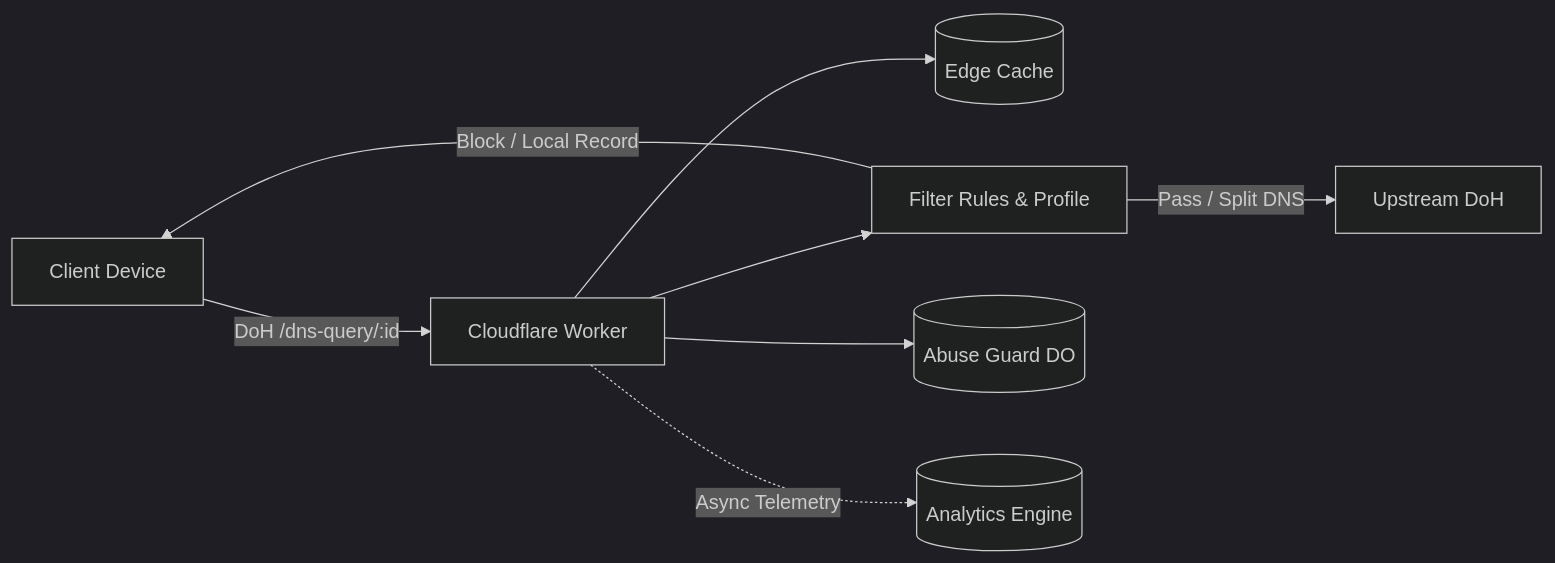
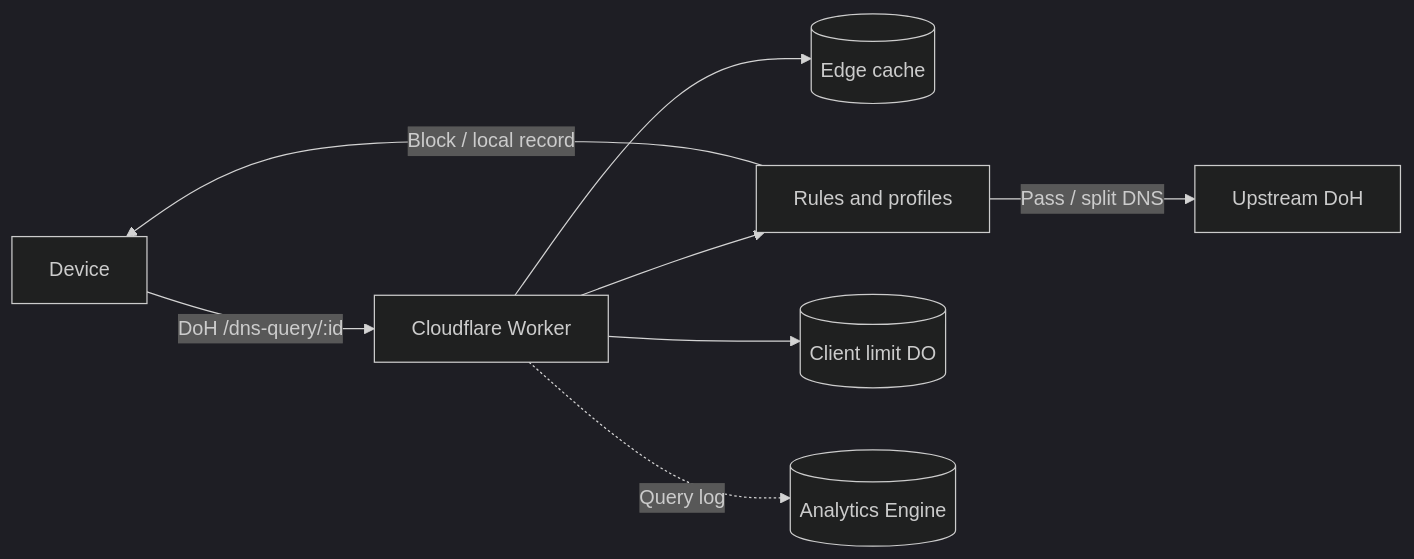
The diagram in docs/README.en.md (ChouChiu/EdgeDoH), drawn with Mermaid (dark theme) before and after one commit. The commit also changed other lines of this file and 6 other files, not shown here.

````diff
--- a/docs/README.en.md
+++ b/docs/README.en.md
@@ -17,10 +17,10 @@
 ```mermaid
 graph LR
-    Client[Client Device] -->|DoH /dns-query/:id| Worker[Cloudflare Worker]
-    Worker --> Cache[(Edge Cache)]
-    Worker --> Filter[Filter Rules & Profile]
-    Worker --> Guard[(Abuse Guard DO)]
-    Filter -->|Block / Local Record| Client
-    Filter -->|Pass / Split DNS| Upstream[Upstream DoH]
-    Worker -.->|Async Telemetry| AE[(Analytics Engine)]
+    Client[Device] -->|DoH /dns-query/:id| Worker[Cloudflare Worker]
+    Worker --> Cache[(Edge cache)]
+    Worker --> Filter[Rules and profiles]
+    Worker --> Guard[(Client limit DO)]
+    Filter -->|Block / local record| Client
+    Filter -->|Pass / split DNS| Upstream[Upstream DoH]
+    Worker -.->|Query log| AE[(Analytics Engine)]
 ```
````
